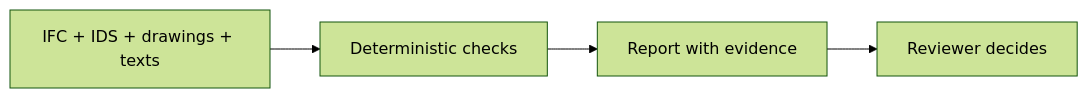
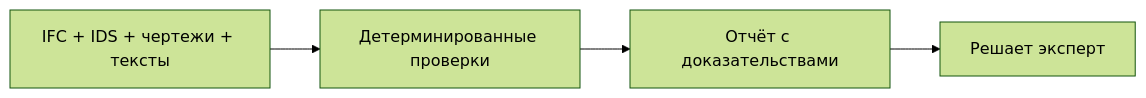
One commit to KonkovDV/AeroBIM changed the diagram in README.md. Above: the diagram before and after it, drawn with Mermaid (forest theme). The commit also changed other lines of this file and 10 other files, not shown here.

````diff
--- a/README.md
+++ b/README.md
@@ -126,6 +126,6 @@
 ```mermaid
 flowchart LR
-  pack["IFC + IDS + drawings + texts"] --> checks["Deterministic checks"]
-  checks --> report["Report with evidence"]
-  report --> reviewer["Reviewer decides"]
+  pack["IFC + IDS + чертежи + тексты"] --> checks["Детерминированные проверки"]
+  checks --> report["Отчёт с доказательствами"]
+  report --> reviewer["Решает эксперт"]
 ```
````
